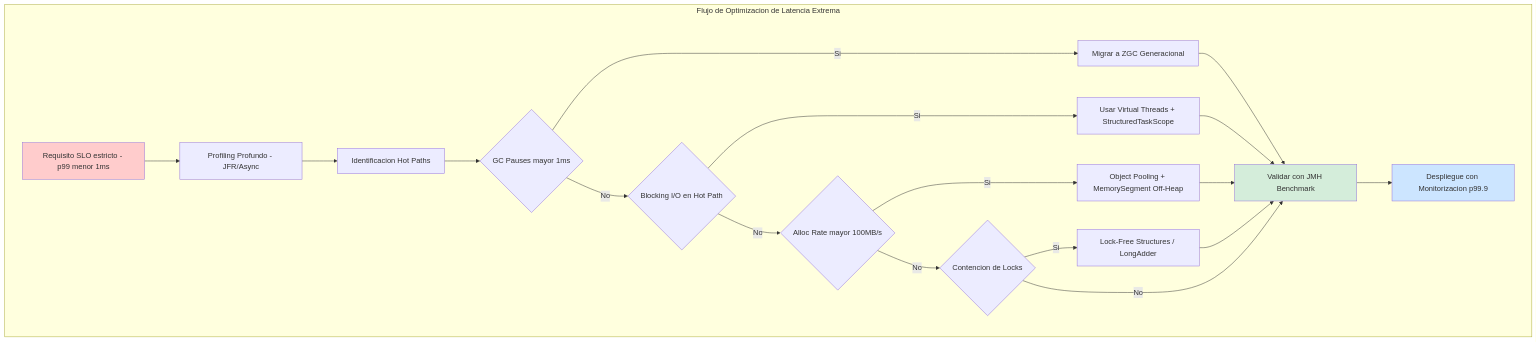
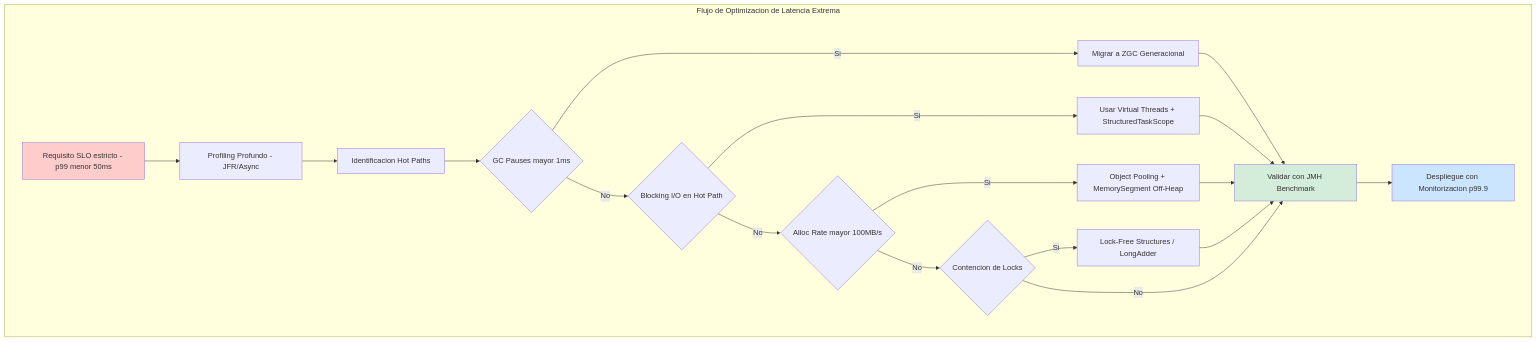
Before and after one commit to Joaquinriosheredia/DAM-Java-Mastery: the first of 4 diagrams in 01_Java_Core/optimizacion_de_latencia_en_aplicaciones_java_de_baja_latencia_STAFF.md, drawn with Mermaid. The commit also changed other lines of this file, not shown here.

````diff
--- a/01_Java_Core/optimizacion_de_latencia_en_aplicaciones_java_de_baja_latencia_STAFF.md
+++ b/01_Java_Core/optimizacion_de_latencia_en_aplicaciones_java_de_baja_latencia_STAFF.md
@@ -56,31 +106,31 @@
 ```mermaid
 graph TD
     subgraph "Flujo de Optimizacion de Latencia Extrema"
-        REQ[Requisito SLO estricto - p99 menor 1ms] --> PROF[Profiling Profundo - JFR/Async]
+        REQ[Requisito SLO estricto - p99 menor 50ms] --> PROF[Profiling Profundo - JFR/Async]
         PROF --> HOT[Identificacion Hot Paths]
         
         HOT --> GC{GC Pauses mayor 1ms}
         GC -->|Si| ZGC[Migrar a ZGC Generacional]
         GC -->|No| CONC{Blocking I/O en Hot Path}
         
         CONC -->|Si| VT[Usar Virtual Threads + StructuredTaskScope]
         CONC -->|No| ALLOC{Alloc Rate mayor 100MB/s}
         
         ALLOC -->|Si| POOL[Object Pooling + MemorySegment Off-Heap]
         ALLOC -->|No| LOCK{Contencion de Locks}
         
         LOCK -->|Si| LFREE[Lock-Free Structures / LongAdder]
         LOCK -->|No| VALID[Validar con JMH Benchmark]
         
         ZGC --> VALID
         VT --> VALID
         POOL --> VALID
         LFREE --> VALID
         
         VALID --> DEPLOY[Despliegue con Monitorizacion p99.9]
     end
     
     style REQ fill:#ffcccc
     style VALID fill:#d4edda
     style DEPLOY fill:#cce5ff
 ```
````
